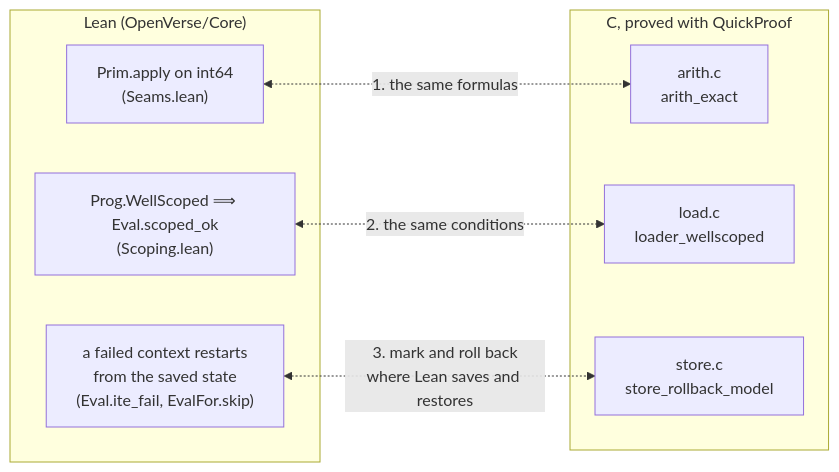
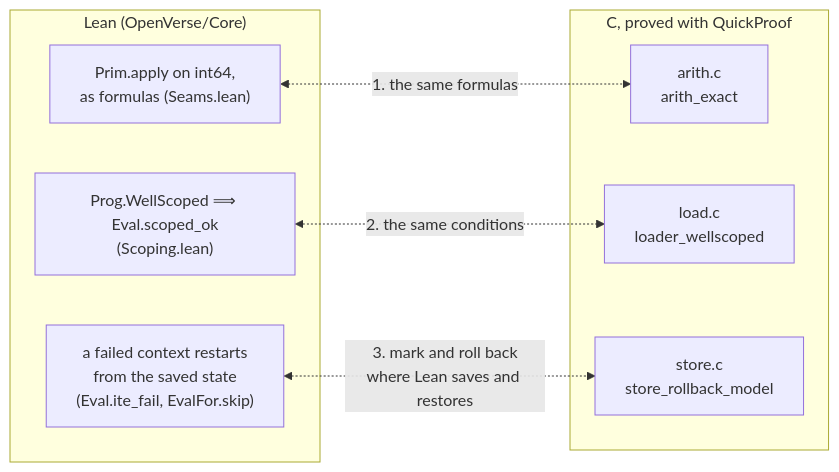
Before and after one commit to rudi-cilibrasi/openverse: the diagram in docs/SEAMS.md, drawn with Mermaid. The commit also changed 5 other files, not shown here.

First line of the commit message:
Docs: review fixes for the diagrams

````diff
--- a/docs/SEAMS.md
+++ b/docs/SEAMS.md
@@ -10,16 +10,16 @@
 ```mermaid
 flowchart LR
     subgraph lean["Lean (OpenVerse/Core)"]
-        L1["Prim.apply on int64<br/>(Seams.lean)"]
+        L1["Prim.apply on int64,<br/>as formulas (Seams.lean)"]
         L2["Prog.WellScoped ⟹ Eval.scoped_ok<br/>(Scoping.lean)"]
         L3["a failed context restarts<br/>from the saved state<br/>(Eval.ite_fail, EvalFor.skip)"]
     end
     subgraph c["C, proved with QuickProof"]
         C1["arith.c<br/>arith_exact"]
         C2["load.c<br/>loader_wellscoped"]
         C3["store.c<br/>store_rollback_model"]
     end
     L1 <-. "1. the same formulas" .-> C1
     L2 <-. "2. the same conditions" .-> C2
     L3 <-. "3. mark and roll back<br/>where Lean saves and restores" .-> C3
 ```
````
